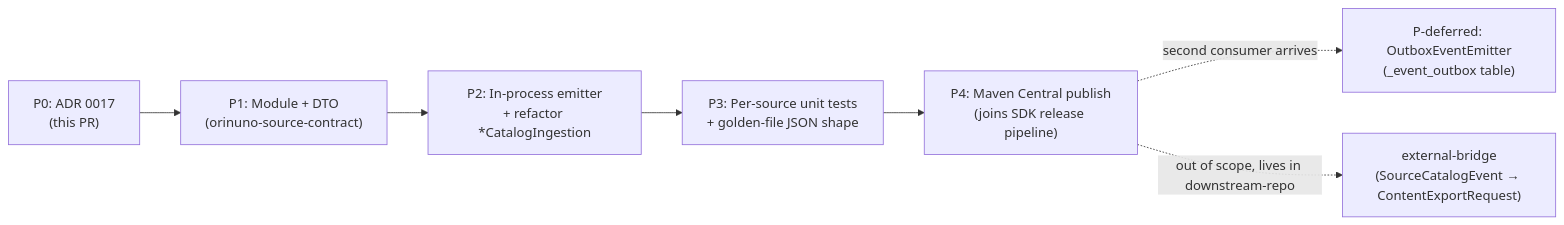
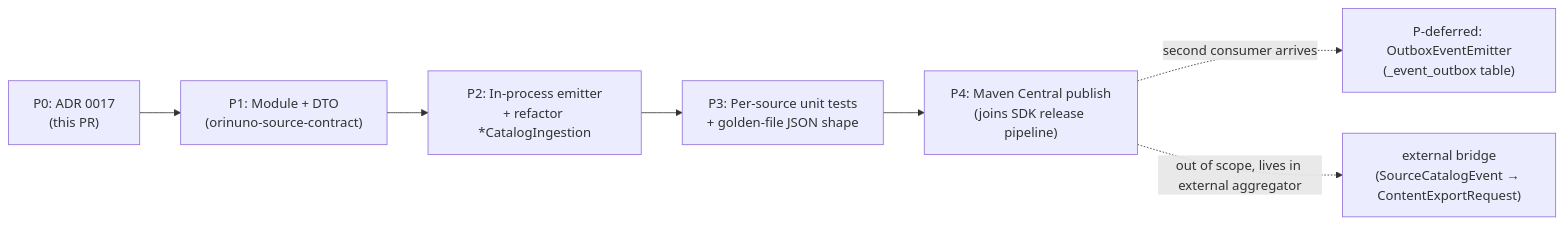
One commit to Samehadar/orinuno changed the diagram in docs/adr/0017-source-event-contract.md. Above: the diagram before and after it, drawn with Mermaid. The commit also changed other lines of this file and 54 other files, not shown here.

````diff
--- a/docs/adr/0017-source-event-contract.md
+++ b/docs/adr/0017-source-event-contract.md
@@ -101,9 +101,9 @@
 ```mermaid
 flowchart LR
     p0["P0: ADR 0017\n(this PR)"] --> p1["P1: Module + DTO\n(orinuno-source-contract)"]
     p1 --> p2["P2: In-process emitter\n+ refactor *CatalogIngestion"]
     p2 --> p3["P3: Per-source unit tests\n+ golden-file JSON shape"]
     p3 --> p4["P4: Maven Central publish\n(joins SDK release pipeline)"]
     p4 -.->|"second consumer arrives"| p5["P-deferred: OutboxEventEmitter\n(<context>_event_outbox table)"]
-    p4 -.->|"out of scope, lives in downstream-repo"| p6["external-bridge\n(SourceCatalogEvent → ContentExportRequest)"]
+    p4 -.->|"out of scope, lives in external aggregator"| p6["external bridge\n(SourceCatalogEvent → ContentExportRequest)"]
 ```
````
